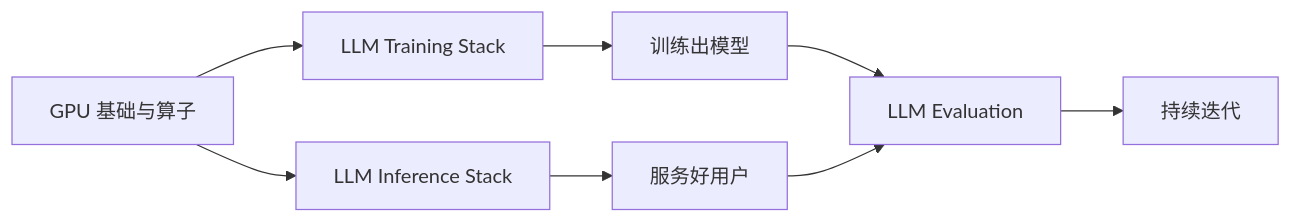
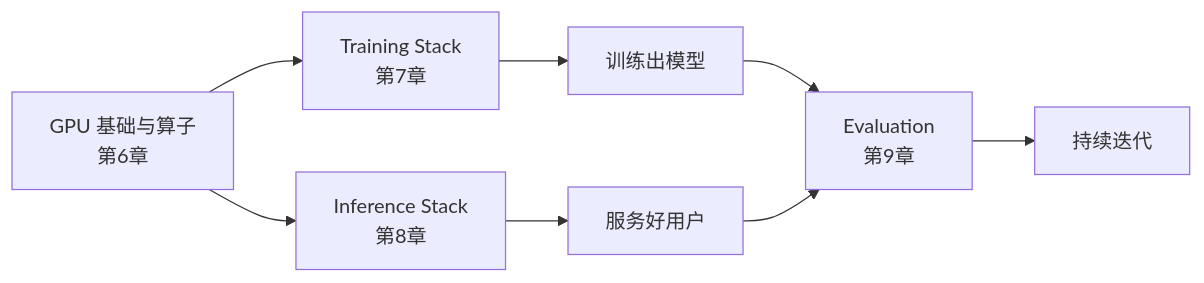
The second of 2 diagrams in 2. Alignment 与训练工程/10. 第二部分总结——从 Base Model 到现代 AI 助手.md (AI-learning-simple/Build-Your-Own-LLM), drawn with Mermaid before and after one commit. The commit also changed other lines of this file and 41 other files, not shown here.

````diff
--- a/2. Alignment 与训练工程/10. 第二部分总结——从 Base Model 到现代 AI 助手.md
+++ b/2. Alignment 与训练工程/10. 第二部分总结——从 Base Model 到现代 AI 助手.md
@@ -23,8 +40,8 @@
 ```mermaid
 flowchart LR
-    G[GPU 基础与算子] --> A[LLM Training Stack] --> C[训练出模型]
-    G --> B[LLM Inference Stack] --> D[服务好用户]
-    C --> E[LLM Evaluation]
+    G[GPU 基础与算子<br/>第6章] --> A[Training Stack<br/>第7章] --> C[训练出模型]
+    G --> B[Inference Stack<br/>第8章] --> D[服务好用户]
+    C --> E[Evaluation<br/>第9章]
     D --> E
     E --> F[持续迭代]
 ```
````
